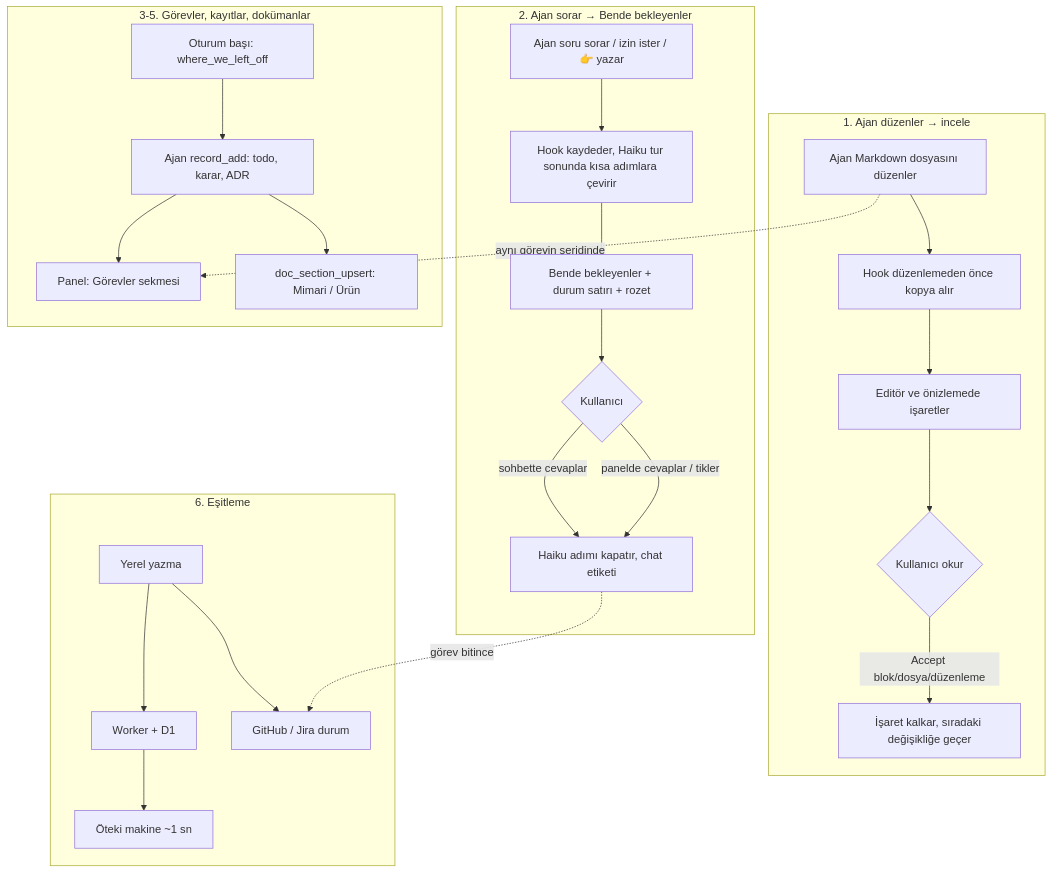
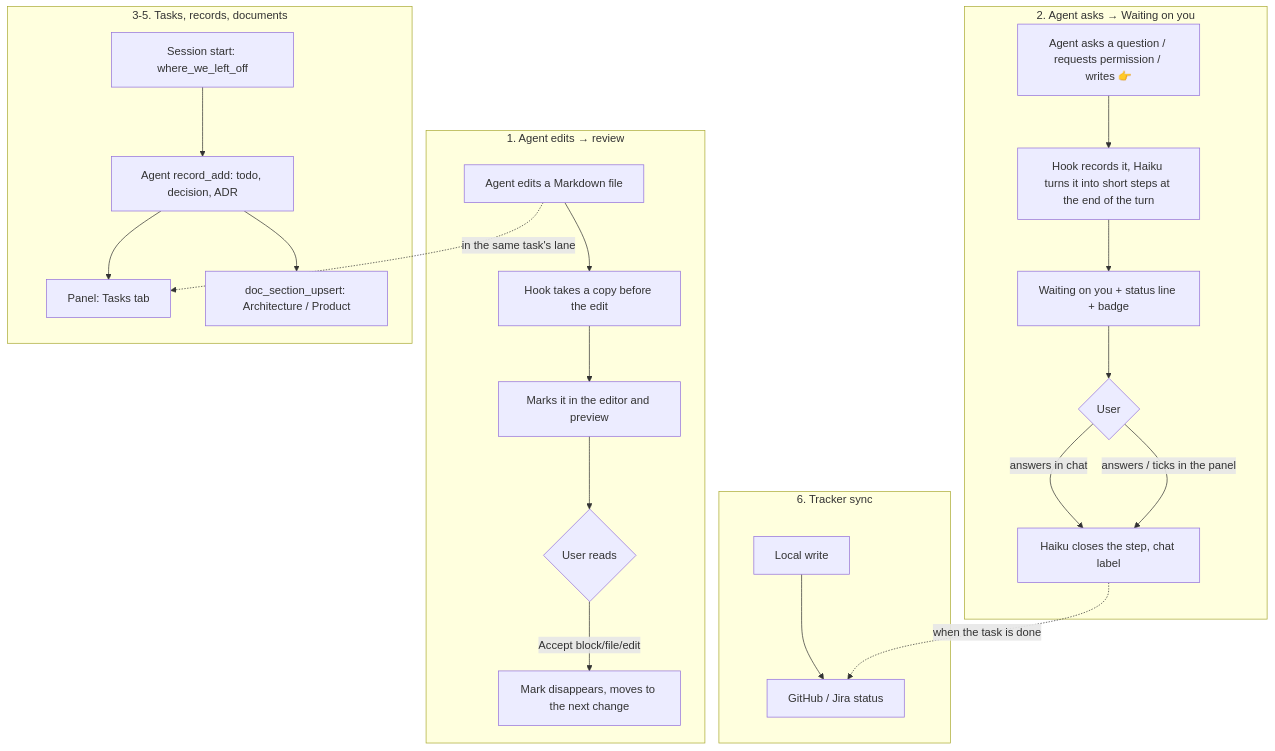
The diagram in docs/PRODUCT.md (halilural/imprimatur), drawn with Mermaid before and after one commit. The commit also changed other lines of this file and 2 other files, not shown here.

First line of the commit message:
docs: the design documents and the glossary in English, exported from the database #82

````diff
--- a/docs/PRODUCT.md
+++ b/docs/PRODUCT.md
@@ -113,28 +113,26 @@
 ```mermaid
 flowchart TD
-  subgraph Inceleme["1. Ajan düzenler → incele"]
-    E1[Ajan Markdown dosyasını düzenler] --> E2[Hook düzenlemeden önce kopya alır]
-    E2 --> E3[Editör ve önizlemede işaretler]
-    E3 --> E4{Kullanıcı okur}
-    E4 -->|Accept blok/dosya/düzenleme| E5[İşaret kalkar, sıradaki değişikliğe geçer]
+  subgraph Review["1. Agent edits → review"]
+    E1[Agent edits a Markdown file] --> E2[Hook takes a copy before the edit]
+    E2 --> E3[Marks it in the editor and preview]
+    E3 --> E4{User reads}
+    E4 -->|Accept block/file/edit| E5[Mark disappears, moves to the next change]
   end
-  subgraph Bekleyen["2. Ajan sorar → Bende bekleyenler"]
-    W1[Ajan soru sorar / izin ister / 👉 yazar] --> W2[Hook kaydeder, Haiku tur sonunda kısa adımlara çevirir]
-    W2 --> W3[Bende bekleyenler + durum satırı + rozet]
-    W3 --> W4{Kullanıcı}
-    W4 -->|sohbette cevaplar| W5[Haiku adımı kapatır, chat etiketi]
-    W4 -->|panelde cevaplar / tikler| W5
+  subgraph Waiting["2. Agent asks → Waiting on you"]
+    W1[Agent asks a question / requests permission / writes 👉] --> W2[Hook records it, Haiku turns it into short steps at the end of the turn]
+    W2 --> W3[Waiting on you + status line + badge]
+    W3 --> W4{User}
+    W4 -->|answers in chat| W5[Haiku closes the step, chat label]
+    W4 -->|answers / ticks in the panel| W5
   end
-  subgraph Kayit["3-5. Görevler, kayıtlar, dokümanlar"]
-    K1[Oturum başı: where_we_left_off] --> K2[Ajan record_add: todo, karar, ADR]
-    K2 --> K3[Panel: Görevler sekmesi]
-    K2 --> K4[doc_section_upsert: Mimari / Ürün]
+  subgraph Records["3-5. Tasks, records, documents"]
+    K1[Session start: where_we_left_off] --> K2[Agent record_add: todo, decision, ADR]
+    K2 --> K3[Panel: Tasks tab]
+    K2 --> K4[doc_section_upsert: Architecture / Product]
   end
-  subgraph Esitleme["6. Eşitleme"]
-    S1[Yerel yazma] --> S2[Worker + D1]
-    S2 --> S3[Öteki makine ~1 sn]
-    S1 --> S4[GitHub / Jira durum]
+  subgraph Tracker["6. Tracker sync"]
+    S1[Local write] --> S2[GitHub / Jira status]
   end
-  E1 -.aynı görevin şeridinde.-> K3
-  W5 -.görev bitince.-> S4
+  E1 -.in the same task's lane.-> K3
+  W5 -.when the task is done.-> S2
 ```
````
